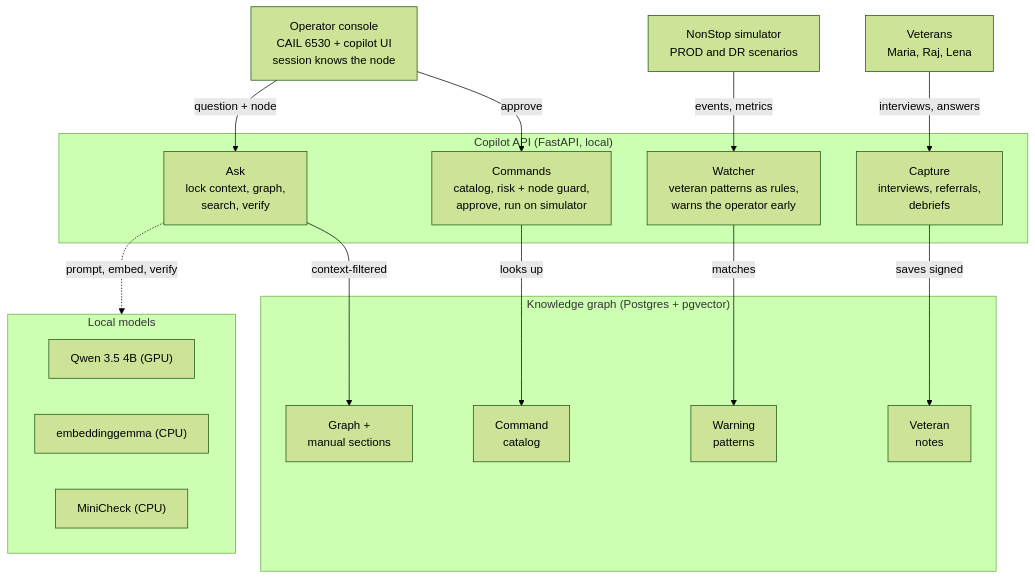
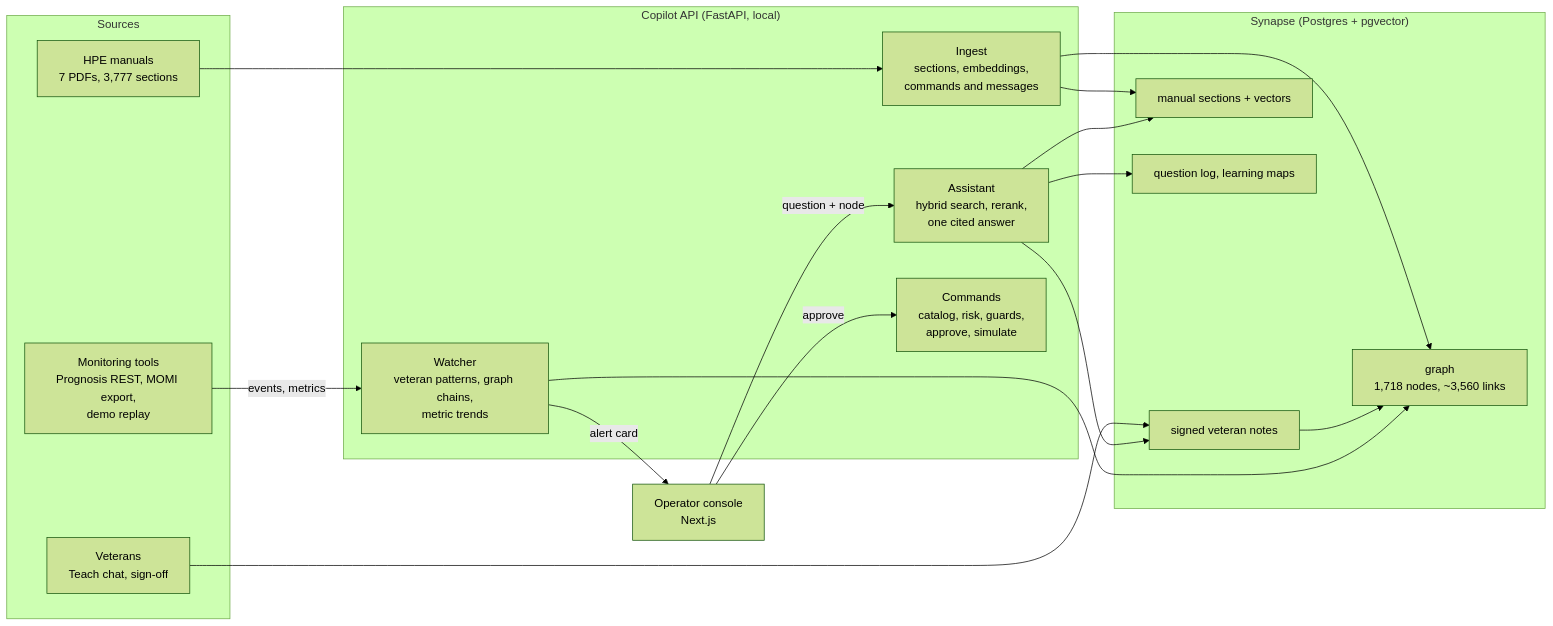
The first of 2 diagrams in README.md (ghousee/catalyst-2026-team31), drawn with Mermaid (forest theme) before and after one commit. The commit also changed other lines of this file and 1 other file, not shown here.

Commit message:
README and system design v3: watcher, Synapse, veterans and emerging veterans, integrations, limitations

````diff
--- a/README.md
+++ b/README.md
@@ -13,32 +28,32 @@
 ```mermaid
-flowchart TB
-  UI["Operator console<br/>CAIL 6530 + copilot UI<br/>session knows the node"]
-  SIM["NonStop simulator<br/>PROD and DR scenarios"]
-  VET["Veterans<br/>Maria, Raj, Lena"]
-  subgraph API["Copilot API (FastAPI, local)"]
-    ASK["Ask<br/>lock context, graph,<br/>search, verify"]
-    CMD["Commands<br/>catalog, risk + node guard,<br/>approve, run on simulator"]
-    WAT["Watcher<br/>veteran patterns as rules,<br/>warns the operator early"]
-    CAP["Capture<br/>interviews, referrals,<br/>debriefs"]
+flowchart LR
+  subgraph SRC["Sources"]
+    MAN["HPE manuals<br/>7 PDFs, 3,777 sections"]
+    VET["Veterans<br/>Teach chat, sign-off"]
+    MON["Monitoring tools<br/>Prognosis REST, MOMI export,<br/>demo replay"]
   end
-  subgraph KG["Knowledge graph (Postgres + pgvector)"]
-    G["Graph +<br/>manual sections"]
-    CAT["Command<br/>catalog"]
-    PAT["Warning<br/>patterns"]
-    NOTES["Veteran<br/>notes"]
+  subgraph CORE["Copilot API (FastAPI, local)"]
+    ING["Ingest<br/>sections, embeddings,<br/>commands and messages"]
+    ASK["Assistant<br/>hybrid search, rerank,<br/>one cited answer"]
+    WAT["Watcher<br/>veteran patterns, graph chains,<br/>metric trends"]
+    CMD["Commands<br/>catalog, risk, guards,<br/>approve, simulate"]
   end
-  subgraph M["Local models"]
-    Q["Qwen 3.5 4B (GPU)"]
-    E["embeddinggemma (CPU)"]
-    MC["MiniCheck (CPU)"]
+  subgraph DB["Synapse (Postgres + pgvector)"]
+    G["graph<br/>1,718 nodes, ~3,560 links"]
+    N["signed veteran notes"]
+    D["manual sections + vectors"]
+    L["question log, learning maps"]
   end
+  UI["Operator console<br/>Next.js"]
+  MAN --> ING --> D
+  ING --> G
+  VET --> N --> G
+  MON -- "events, metrics" --> WAT
   UI -- "question + node" --> ASK
+  ASK --> D
+  ASK --> N
+  ASK --> L
+  WAT --> G
+  WAT -- "alert card" --> UI
   UI -- "approve" --> CMD
-  SIM -- "events, metrics" --> WAT
-  VET -- "interviews, answers" --> CAP
-  ASK -- "context-filtered" --> G
-  CMD -- "looks up" --> CAT
-  WAT -- "matches" --> PAT
-  CAP -- "saves signed" --> NOTES
-  ASK -. "prompt, embed, verify" .-> M
 ```
````
